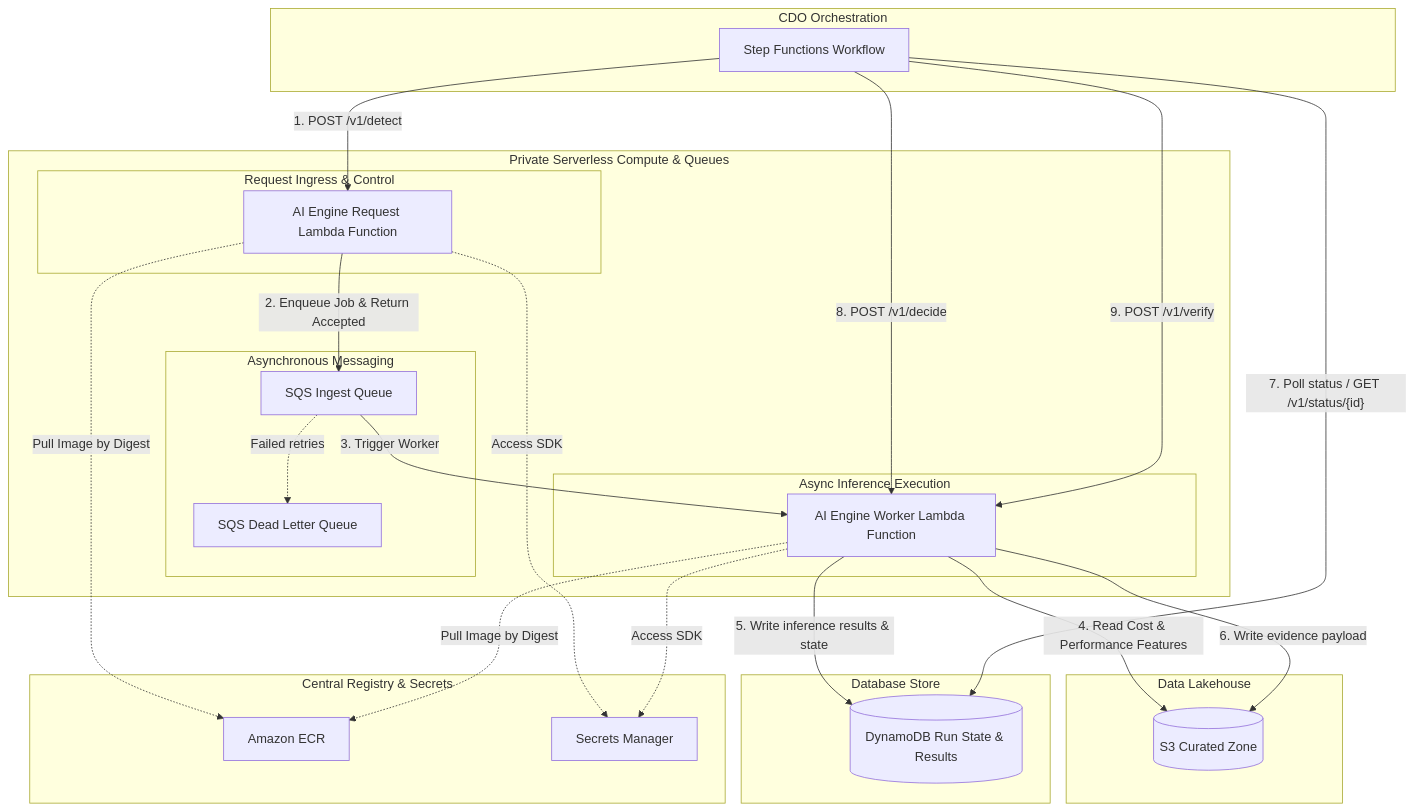
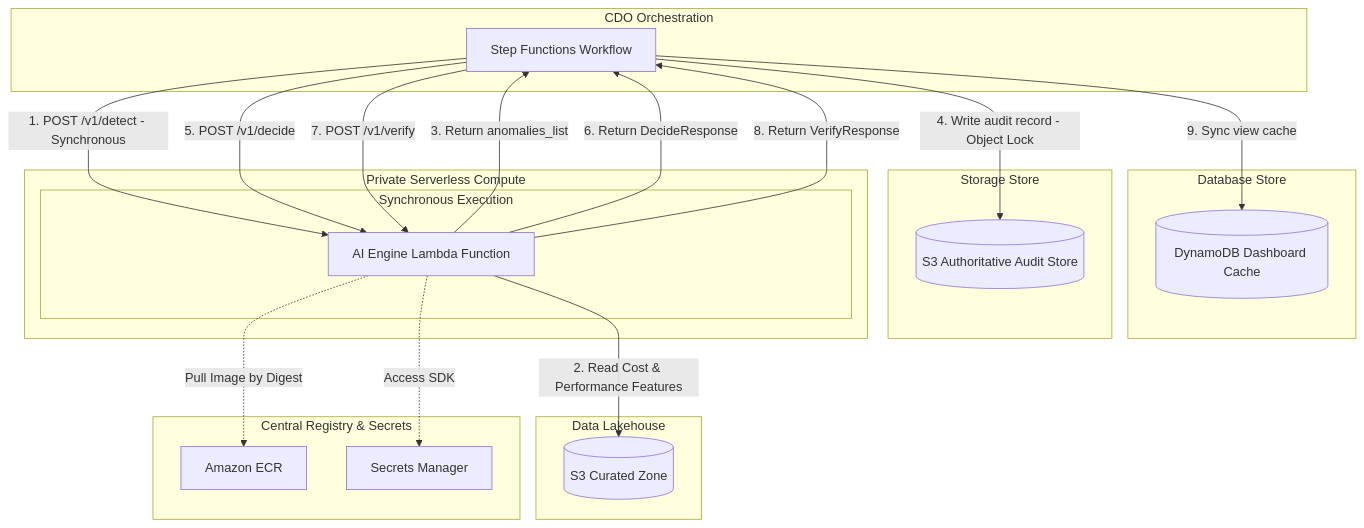
Before and after one commit to hungxqt/tf2-finops-docs: the fourth of 6 diagrams in docs/tf2-finops/02_infra_design.md, drawn with Mermaid. The commit also changed other lines of this file and 21 other files, not shown here.

````diff
--- a/docs/tf2-finops/02_infra_design.md
+++ b/docs/tf2-finops/02_infra_design.md
@@ -180,51 +167,43 @@
 ```mermaid
 graph TB
     subgraph "CDO Orchestration"
         SF[Step Functions Workflow]
     end
 
     subgraph "Data Lakehouse"
         CuratedS3[(S3 Curated Zone)]
     end
 
     subgraph "Database Store"
-        DDB[(DynamoDB Run State & Results)]
+        DDB[(DynamoDB Dashboard Cache)]
     end
 
-    subgraph "Private Serverless Compute & Queues"
-        subgraph "Request Ingress & Control"
-            Request[AI Engine Request Lambda Function]
-        end
+    subgraph "Storage Store"
+        S3Audit[(S3 Authoritative Audit Store)]
+    end
 
-        subgraph "Asynchronous Messaging"
-            SQS[SQS Ingest Queue]
-            DLQ[SQS Dead Letter Queue]
-        end
-
-        subgraph "Async Inference Execution"
-            Worker[AI Engine Worker Lambda Function]
+    subgraph "Private Serverless Compute"
+        subgraph "Synchronous Execution"
+            AILambda[AI Engine Lambda Function]
         end
     end
     
     subgraph "Central Registry & Secrets"
         ECR[Amazon ECR]
         SM[Secrets Manager]
     end
 
     %% Flow
-    SF -->|1. POST /v1/detect| Request
-    Request -->|2. Enqueue Job & Return Accepted| SQS
-    SQS -->|3. Trigger Worker| Worker
-    SQS -.->|Failed retries| DLQ
-    Worker -->|4. Read Cost & Performance Features| CuratedS3
-    Worker -->|5. Write inference results & state| DDB
-    Worker -->|6. Write evidence payload| CuratedS3
-    SF -->|"7. Poll status / GET /v1/status/{id}"| DDB
-    SF -->|8. POST /v1/decide| Worker
-    SF -->|9. POST /v1/verify| Worker
+    SF -->|1. POST /v1/detect - Synchronous| AILambda
+    AILambda -->|2. Read Cost & Performance Features| CuratedS3
+    AILambda -->|3. Return anomalies_list| SF
+    SF -->|4. Write audit record - Object Lock| S3Audit
+    SF -->|5. POST /v1/decide| AILambda
+    AILambda -->|6. Return DecideResponse| SF
+    SF -->|7. POST /v1/verify| AILambda
+    AILambda -->|8. Return VerifyResponse| SF
+    SF -->|9. Sync view cache| DDB
     
-    Request -.->|Pull Image by Digest| ECR
-    Worker -.->|Pull Image by Digest| ECR
-    Request -.->|Access SDK| SM
-    Worker -.->|Access SDK| SM
+    AILambda -.->|Pull Image by Digest| ECR
+    AILambda -.->|Access SDK| SM
 ```
````
